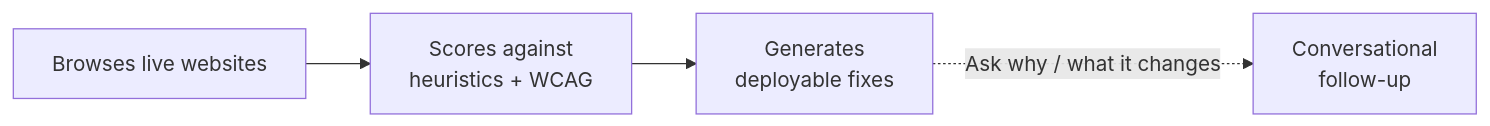
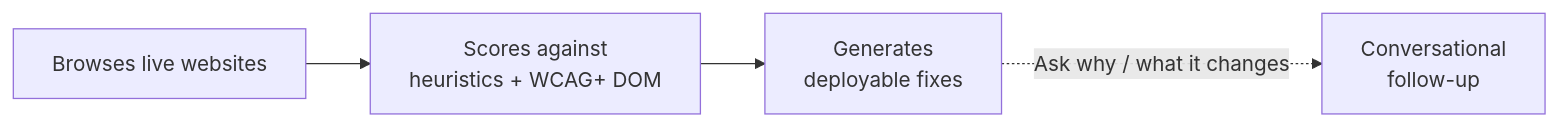
The first of 4 diagrams in README.md (ishikagoyal9/UXray), drawn with Mermaid before and after one commit. The commit also changed other lines of this file, not shown here.

`````diff
--- a/README.md
+++ b/README.md
@@ -58,6 +46,6 @@
 ```mermaid
 flowchart LR
-    A[Browses live websites] --> B[Scores against<br/>heuristics + WCAG]
+    A[Browses live websites] --> B[Scores against<br/>heuristics + WCAG+ DOM]
     B --> C[Generates<br/>deployable fixes]
     C -.->|"Ask why / what it changes"| D[Conversational<br/>follow-up]
 ````
`````
